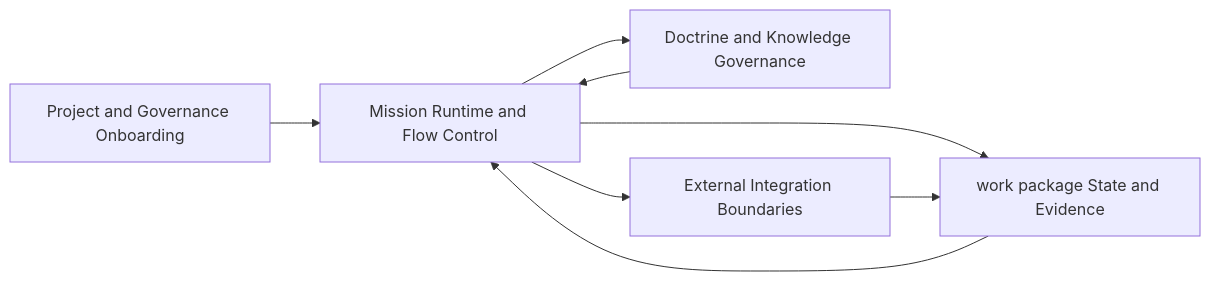
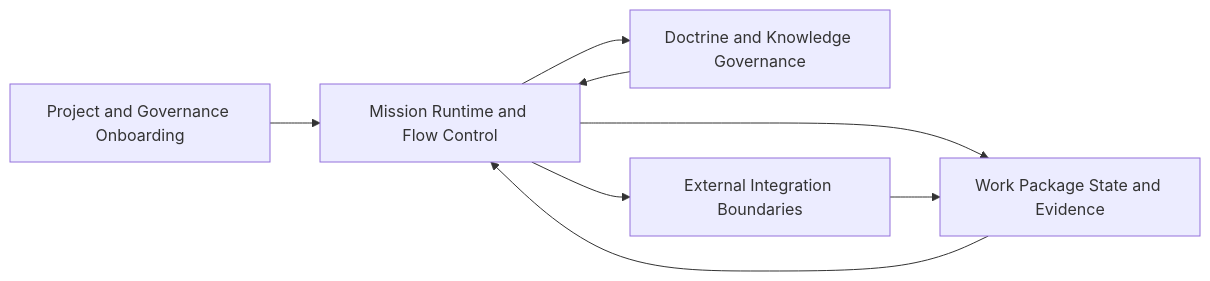
One commit to Priivacy-ai/spec-kitty changed the first of 3 diagrams in docs/architecture/README-2.x.md. Above: the diagram before and after it, drawn with Mermaid. The commit also changed 24 other files, not shown here.

````diff
--- a/docs/architecture/README-2.x.md
+++ b/docs/architecture/README-2.x.md
@@ -81,16 +81,16 @@
 ```mermaid
 flowchart LR
     onboarding[Project and Governance Onboarding]
     runtime[Mission Runtime and Flow Control]
     doctrine[Doctrine and Knowledge Governance]
-    state[work package State and Evidence]
+    state[Work Package State and Evidence]
     external[External Integration Boundaries]
 
     onboarding --> runtime
     runtime --> doctrine
     runtime --> state
     doctrine --> runtime
     state --> runtime
     runtime --> external
     external --> state
 ```
````
